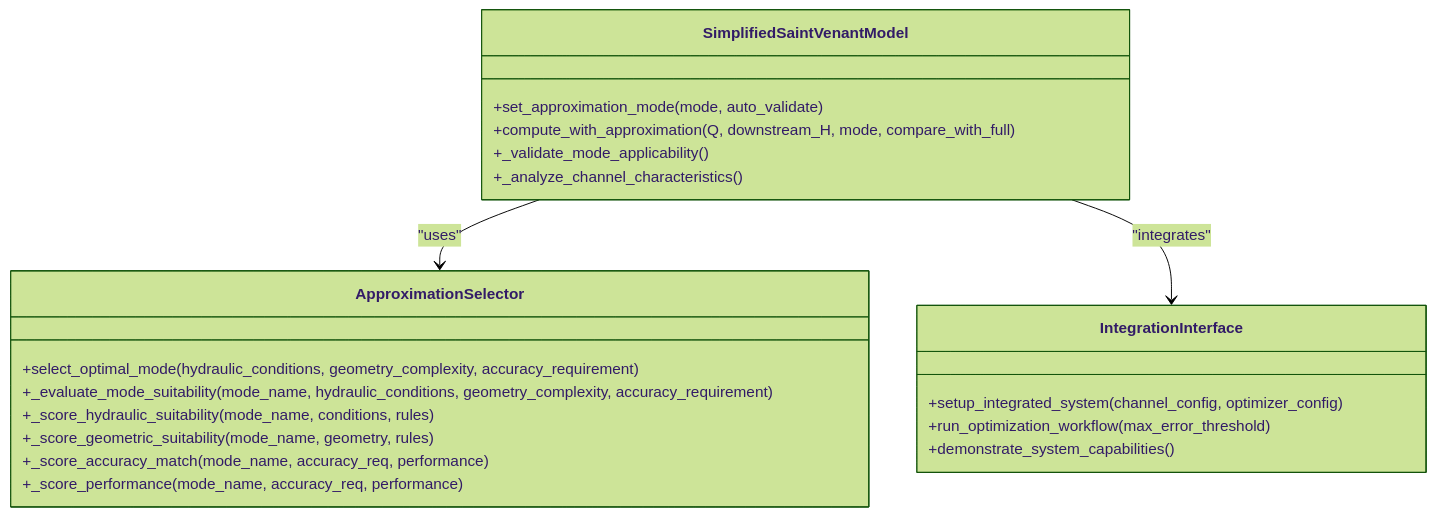
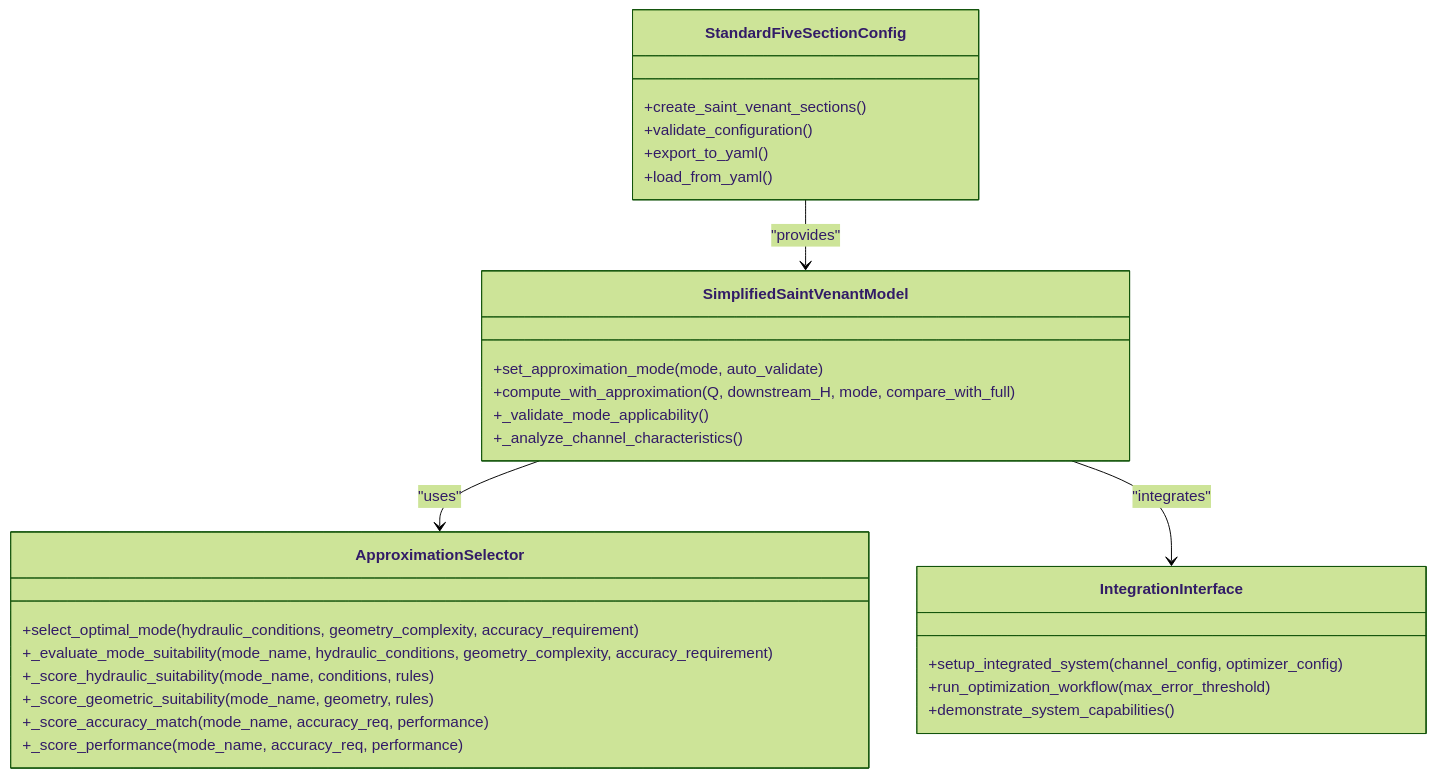
Before and after one commit to leixiaohui-1974/WaterNet: the first of 17 diagrams in .qoder/repowiki/zh/content/示例与教程/高级功能演示/降阶模型简化模式切换.md, drawn with Mermaid (forest theme). The commit also changed other lines of this file and 52 other files, not shown here.

````diff
--- a/.qoder/repowiki/zh/content/示例与教程/高级功能演示/降阶模型简化模式切换.md
+++ b/.qoder/repowiki/zh/content/示例与教程/高级功能演示/降阶模型简化模式切换.md
@@ -36,24 +46,31 @@
 ```mermaid
 classDiagram
 class SimplifiedSaintVenantModel {
 +set_approximation_mode(mode, auto_validate)
 +compute_with_approximation(Q, downstream_H, mode, compare_with_full)
 +_validate_mode_applicability()
 +_analyze_channel_characteristics()
 }
 class ApproximationSelector {
 +select_optimal_mode(hydraulic_conditions, geometry_complexity, accuracy_requirement)
 +_evaluate_mode_suitability(mode_name, hydraulic_conditions, geometry_complexity, accuracy_requirement)
 +_score_hydraulic_suitability(mode_name, conditions, rules)
 +_score_geometric_suitability(mode_name, geometry, rules)
 +_score_accuracy_match(mode_name, accuracy_req, performance)
 +_score_performance(mode_name, accuracy_req, performance)
 }
 class IntegrationInterface {
 +setup_integrated_system(channel_config, optimizer_config)
 +run_optimization_workflow(max_error_threshold)
 +demonstrate_system_capabilities()
 }
+class StandardFiveSectionConfig {
++create_saint_venant_sections()
++validate_configuration()
++export_to_yaml()
++load_from_yaml()
+}
 SimplifiedSaintVenantModel --> ApproximationSelector : "uses"
 SimplifiedSaintVenantModel --> IntegrationInterface : "integrates"
+StandardFiveSectionConfig --> SimplifiedSaintVenantModel : "provides"
 ```
````
